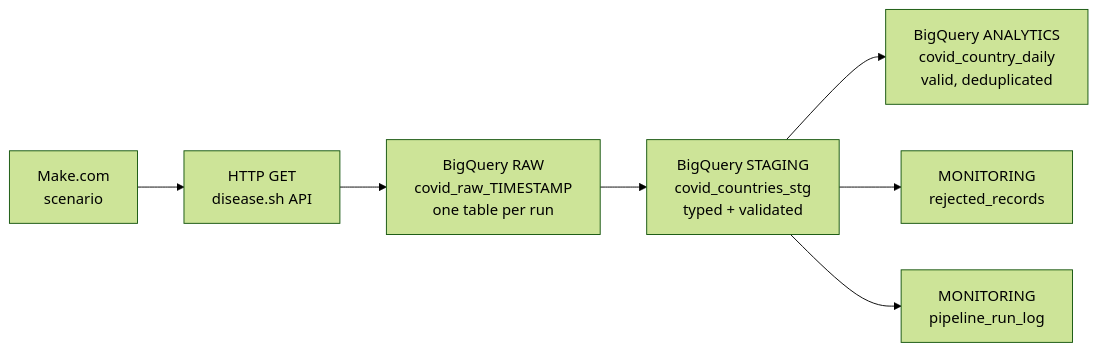
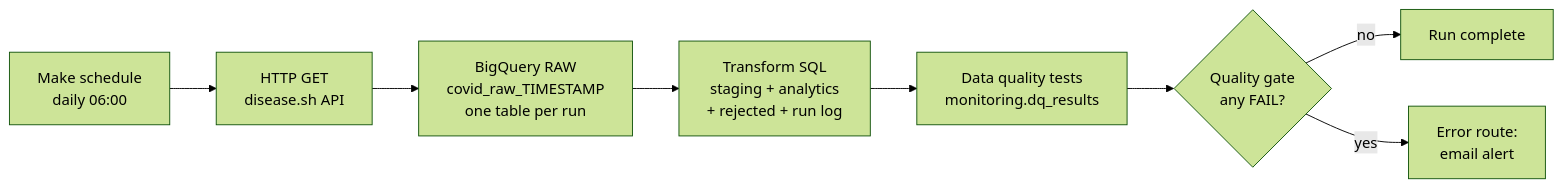
One commit to AlphaGID/ehealth-data-pipeline changed the diagram in README.md. Above: the diagram before and after it, drawn with Mermaid (forest theme). The commit also changed other lines of this file and 9 other files, not shown here.

Commit message:
Phase 5-6: data quality tests, quality gate, email alert, daily schedule

````diff
--- a/README.md
+++ b/README.md
@@ -33,9 +34,10 @@
 ```mermaid
 flowchart LR
-    A[Make.com<br/>scenario] --> B[HTTP GET<br/>disease.sh API]
+    S[Make schedule<br/>daily 06:00] --> B[HTTP GET<br/>disease.sh API]
     B --> C[BigQuery RAW<br/>covid_raw_TIMESTAMP<br/>one table per run]
-    C --> D[BigQuery STAGING<br/>covid_countries_stg<br/>typed + validated]
-    D --> E[BigQuery ANALYTICS<br/>covid_country_daily<br/>valid, deduplicated]
-    D --> F[MONITORING<br/>rejected_records]
-    D --> G[MONITORING<br/>pipeline_run_log]
+    C --> D[Transform SQL<br/>staging + analytics<br/>+ rejected + run log]
+    D --> T[Data quality tests<br/>monitoring.dq_results]
+    T --> G{Quality gate<br/>any FAIL?}
+    G -- no --> OK[Run complete]
+    G -- yes --> E[Error route:<br/>email alert]
 ```
````
